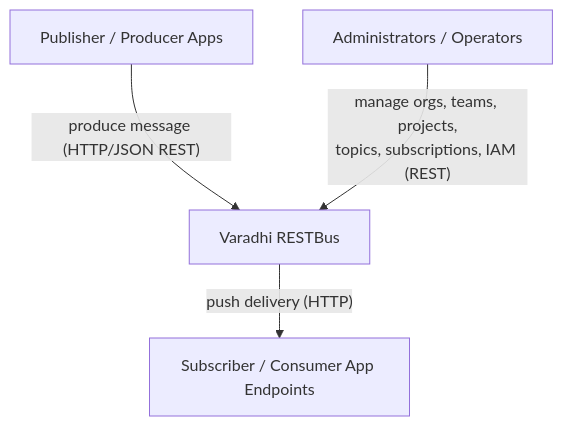
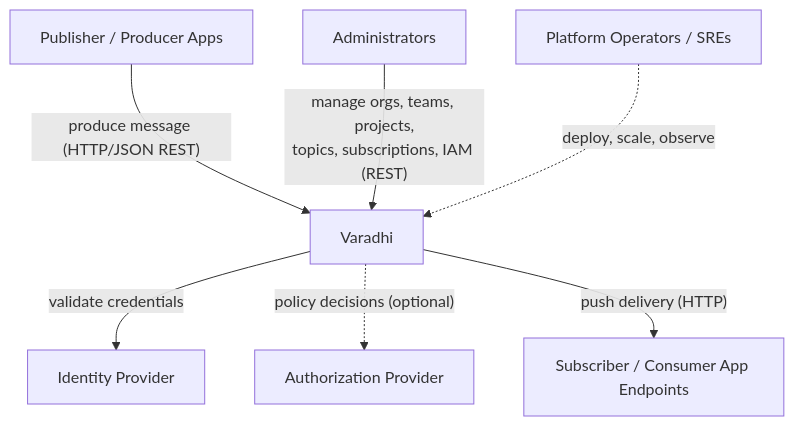
One commit to flipkart-incubator/varadhi changed the diagram in docs/system-context.md. Above: the diagram before and after it, drawn with Mermaid. The commit also changed other lines of this file and 31 other files, not shown here.

````diff
--- a/docs/system-context.md
+++ b/docs/system-context.md
@@ -199,12 +197,18 @@
 ```mermaid
 flowchart TD
-    Producer[Publisher / Producer Apps]
-    Admin[Administrators / Operators]
+    actor.producer[Publisher / Producer Apps]
+    actor.administrator[Administrators]
+    actor.platform-operator[Platform Operators / SREs]
+    actor.subscriber[Subscriber / Consumer App Endpoints]
 
-    Producer -- "produce message (HTTP/JSON REST)" --> Varadhi
-    Admin -- "manage orgs, teams, projects,<br/>topics, subscriptions, IAM (REST)" --> Varadhi
+    actor.producer -- "produce message (HTTP/JSON REST)" --> Varadhi
+    actor.administrator -- "manage orgs, teams, projects,<br/>topics, subscriptions, IAM (REST)" --> Varadhi
+    actor.platform-operator -. "deploy, scale, observe" .-> Varadhi
 
-    Varadhi[Varadhi RESTBus]
+    Varadhi[Varadhi]
 
-    Varadhi -- "push delivery (HTTP)" --> Subscriber[Subscriber / Consumer App Endpoints]
+    Varadhi -- "validate credentials" --> ext.identity-provider[Identity Provider]
+    Varadhi -. "policy decisions (optional)" .-> ext.authorization-provider[Authorization Provider]
+
+    Varadhi -- "push delivery (HTTP)" --> actor.subscriber
 ```
````
